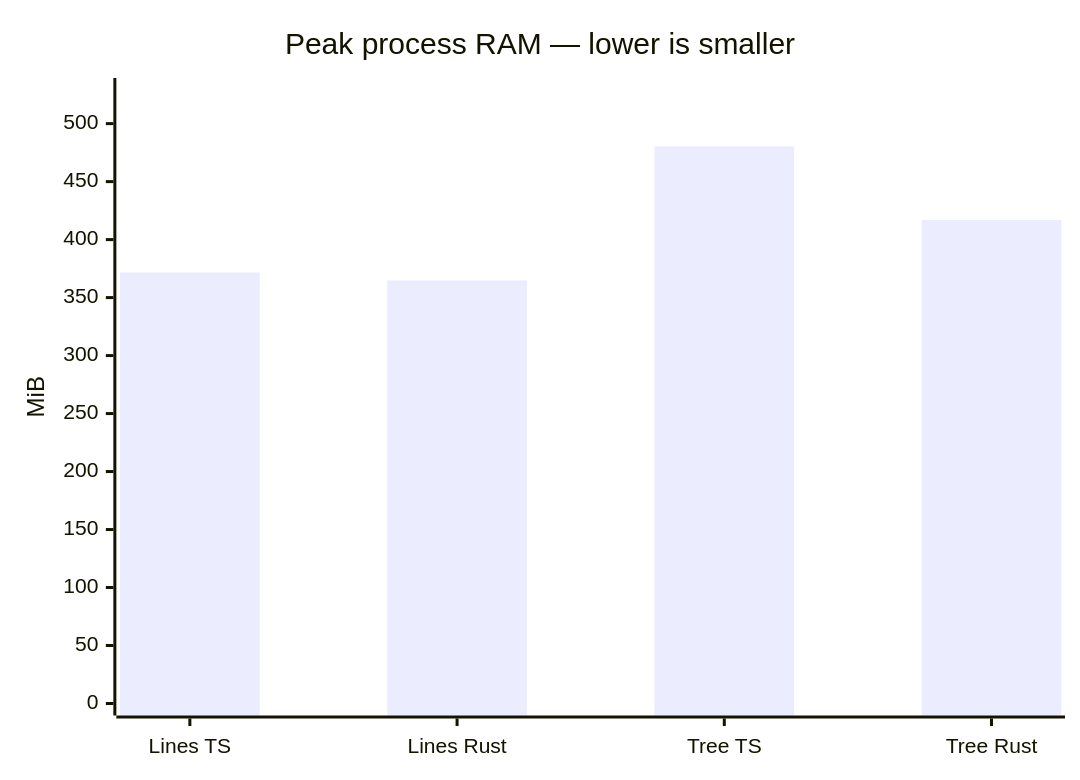
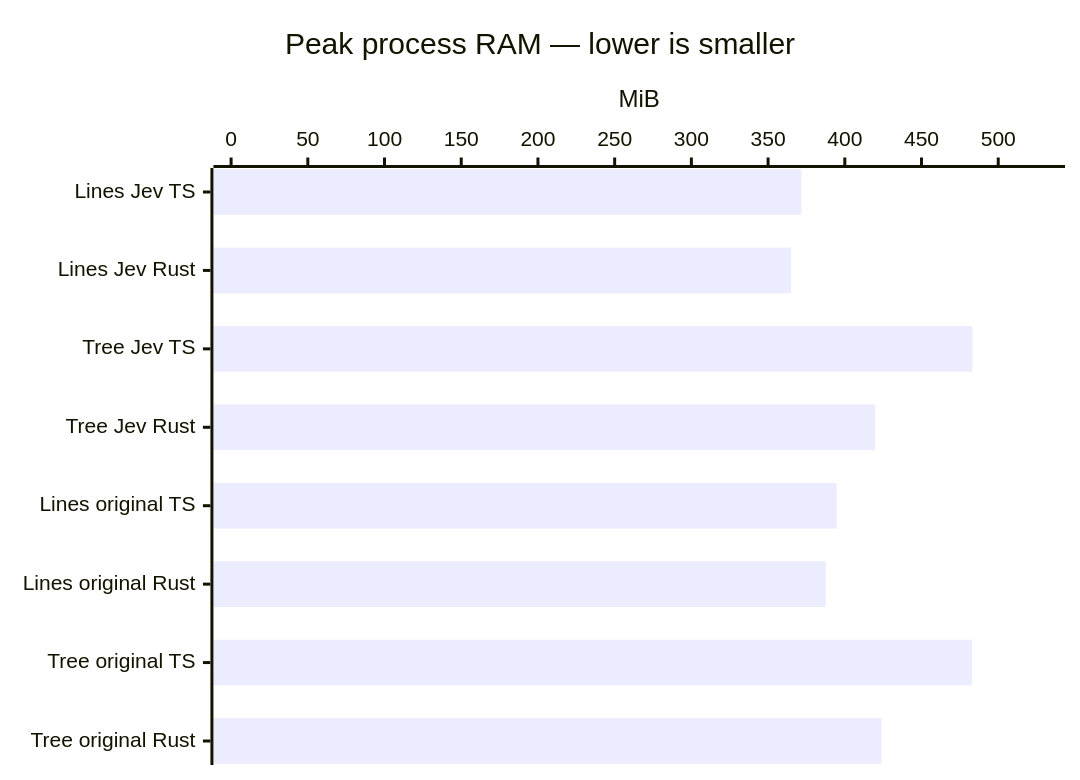
The tenth of 15 diagrams in docs/benchmark.md (kossnocorp/spacer), drawn with Mermaid before and after one commit. The commit also changed other lines of this file and 29 other files, not shown here.

````diff
--- a/docs/benchmark.md
+++ b/docs/benchmark.md
@@ -82,7 +125,7 @@
 ```mermaid
-xychart-beta
+xychart-beta horizontal
   title "Peak process RAM — lower is smaller"
-  x-axis ["Lines TS", "Lines Rust", "Tree TS", "Tree Rust"]
-  y-axis "MiB" 0 --> 529
-  bar [371.7, 364.8, 480.4, 416.9]
+  x-axis ["Lines Jev TS", "Lines Jev Rust", "Tree Jev TS", "Tree Jev Rust", "Lines original TS", "Lines original Rust", "Tree original TS", "Tree original Rust"]
+  y-axis "MiB" 0 --> 532
+  bar [371.7, 364.9, 483.2, 419.8, 394.7, 387.6, 483, 424]
 ```
````
